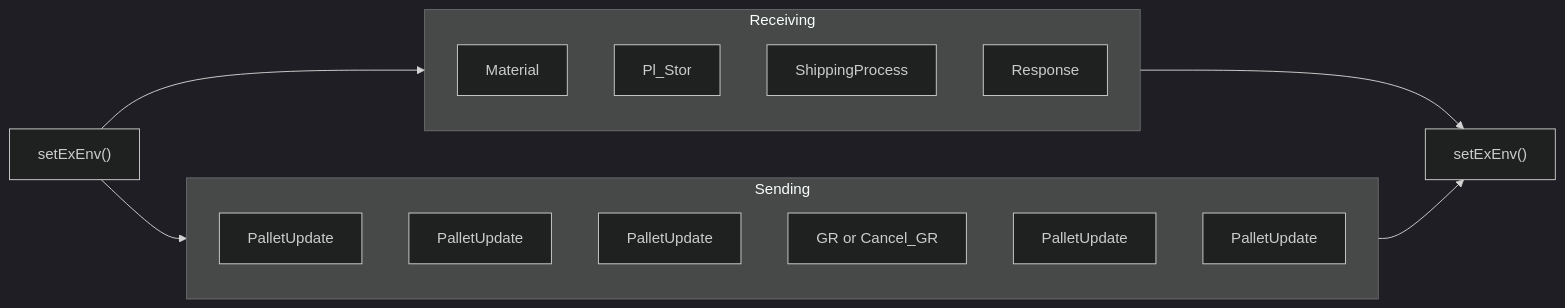
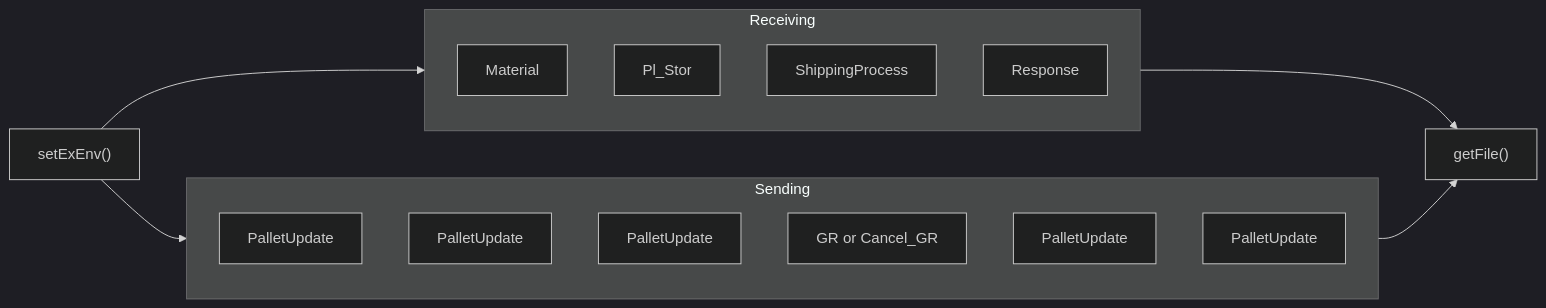
The sixth of 6 diagrams in Basic-Design/Host-Interfaces.md (luthfiadityaa/SimeDarby-Wiki), drawn with Mermaid (dark theme) before and after one commit.

Commit message:
Updated Host Interfaces

```diff
--- a/Basic-Design/Host-Interfaces.md
+++ b/Basic-Design/Host-Interfaces.md
@@ -444,23 +444,23 @@
 ::: mermaid
 flowchart LR
- E1["setExEnv()"]
+ E1["getFile()"]
  C1["setExEnv()"]  
  C1 --> Receiving --> E1
  C1 --> Sending --> E1
 
 subgraph Receiving
  C21["Material"]
  C22["Pl_Stor"] 
  C23["ShippingProcess"] 
  C24["Response"]
 end
 
 subgraph Sending
  C25["PalletUpdate"]
  C26["PalletUpdate"]
  C27["PalletUpdate"] 
  C28["GR or Cancel_GR"]
  C29["PalletUpdate"] 
  C30["PalletUpdate"] 
 end 
 :::
```
